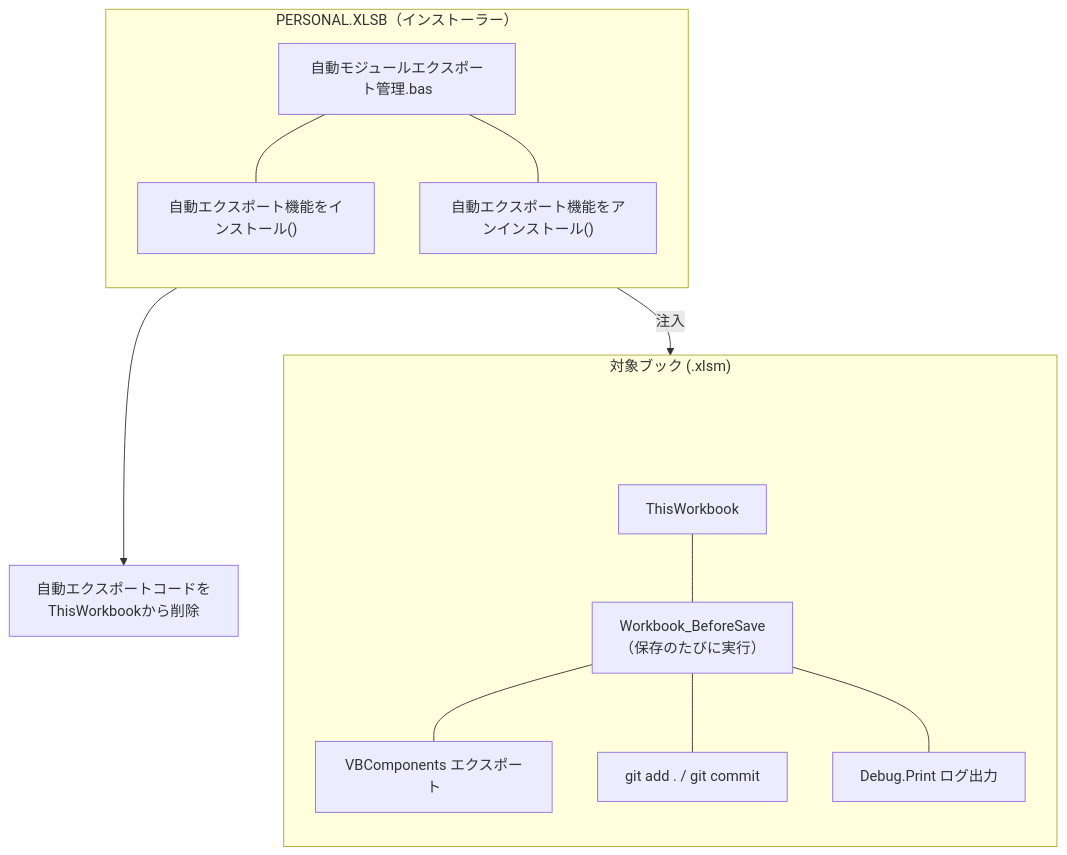
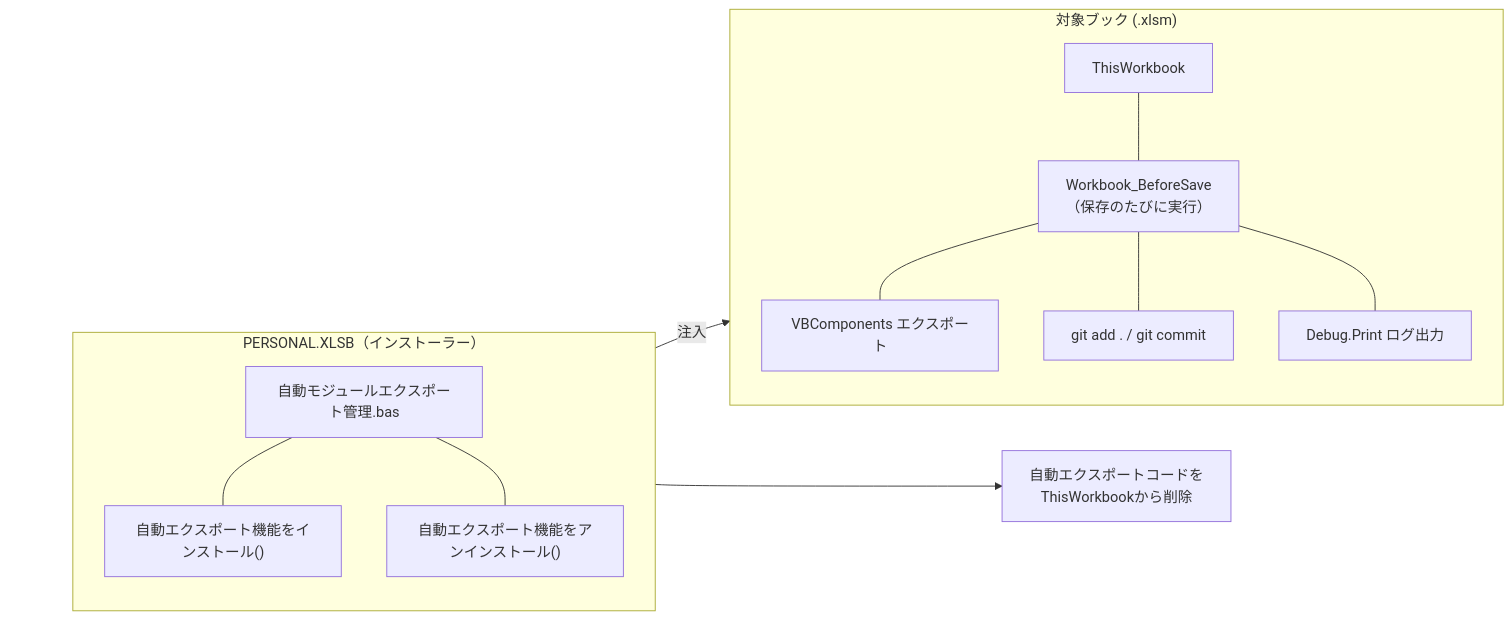
Before and after one commit to aki0178/business-system-design-portfolio: the diagram in 04_vba_git_automation.md, drawn with Mermaid.

````diff
--- a/04_vba_git_automation.md
+++ b/04_vba_git_automation.md
@@ -43,33 +43,36 @@
 ```mermaid
-flowchart TD
+flowchart LR
+    START([" "]):::spacer
+
     subgraph P["PERSONAL.XLSB（インストーラー）"]
         direction TB
         P1["自動モジュールエクスポート管理.bas"]
         P2["自動エクスポート機能をインストール()"]
         P3["自動エクスポート機能をアンインストール()"]
         P1 --- P2
         P1 --- P3
     end
 
     subgraph T["対象ブック (.xlsm)"]
         direction TB
-        TS[" "]:::spacer
         T1["ThisWorkbook"]
         T2["Workbook_BeforeSave<br/>（保存のたびに実行）"]
         T3["VBComponents エクスポート"]
         T4["git add . / git commit"]
         T5["Debug.Print ログ出力"]
-        TS ~~~ T1
         T1 --- T2
         T2 --- T3
         T2 --- T4
         T2 --- T5
     end
 
     D["自動エクスポートコードを<br/>ThisWorkbookから削除"]
 
+    START ~~~ P
+    START ~~~ T
+
     P2 -->|"注入"| T1
     P3 --> D
 
     classDef spacer fill:transparent,stroke:transparent,color:transparent;
 ```
````
